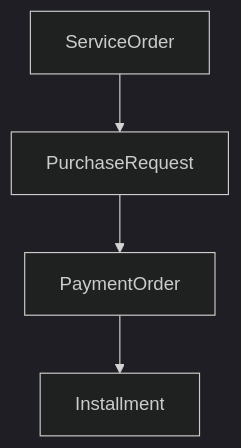
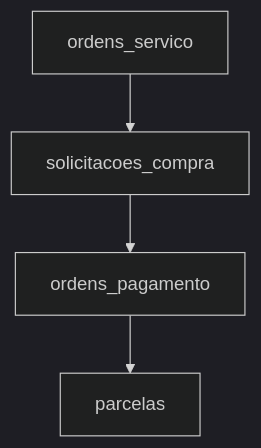
The diagram in README.md (Guilhermebarbosamaia/solicitacao-compras), drawn with Mermaid (dark theme) before and after one commit.

Commit message:
readme atualizado

````diff
--- a/README.md
+++ b/README.md
@@ -82,6 +82,6 @@
 ```mermaid
 flowchart TD
-    ServiceOrder --> PurchaseRequest
-    PurchaseRequest --> PaymentOrder
-    PaymentOrder --> Installment
+    ordens_servico --> solicitacoes_compra
+    solicitacoes_compra --> ordens_pagamento
+    ordens_pagamento --> parcelas
 ```
````
